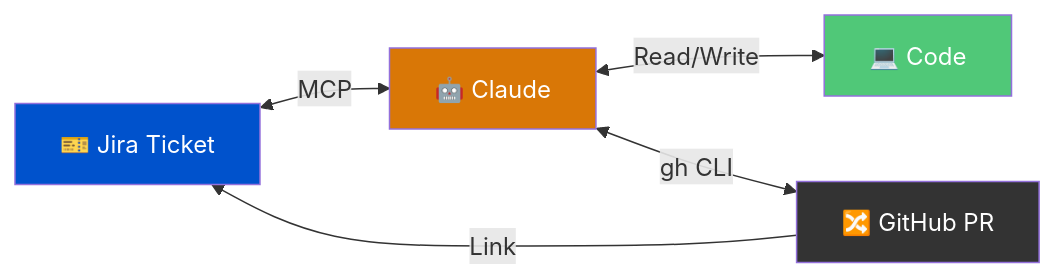
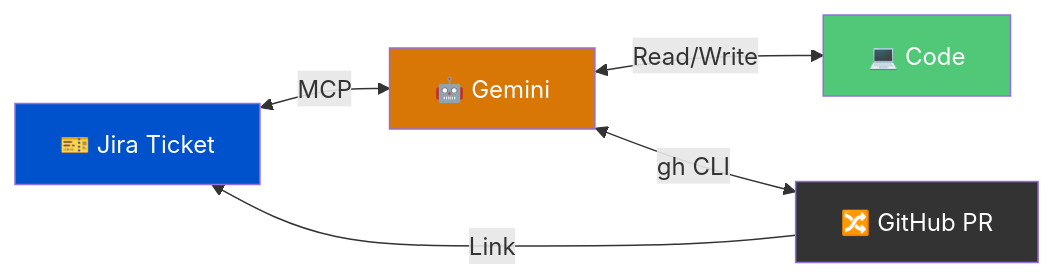
The first of 2 diagrams in Part 4 — Workflow Methodologies/15-jira-integration.md (mariusjcb/gh-agentic-code-guides), drawn with Mermaid before and after one commit. The commit also changed other lines of this file and 1 other file, not shown here.

First line of the commit message:
Adapt agents-md and jira-integration guides for Gemini CLI

````diff
--- a/Part 4 — Workflow Methodologies/15-jira-integration.md
+++ b/Part 4 — Workflow Methodologies/15-jira-integration.md
@@ -11,12 +11,12 @@
 ```mermaid
 flowchart LR
-    J["🎫 Jira Ticket"] <-->|MCP| C["🤖 Claude"]
+    J["🎫 Jira Ticket"] <-->|MCP| C["🤖 Gemini"]
     C <-->|"Read/Write"| G["💻 Code"]
     C <-->|"gh CLI"| PR["🔀 GitHub PR"]
     PR -->|"Link"| J
 
     style J fill:#0052CC,color:#fff
     style C fill:#D97706,color:#fff
     style G fill:#50C878,color:#fff
     style PR fill:#333,color:#fff
 ```
````
